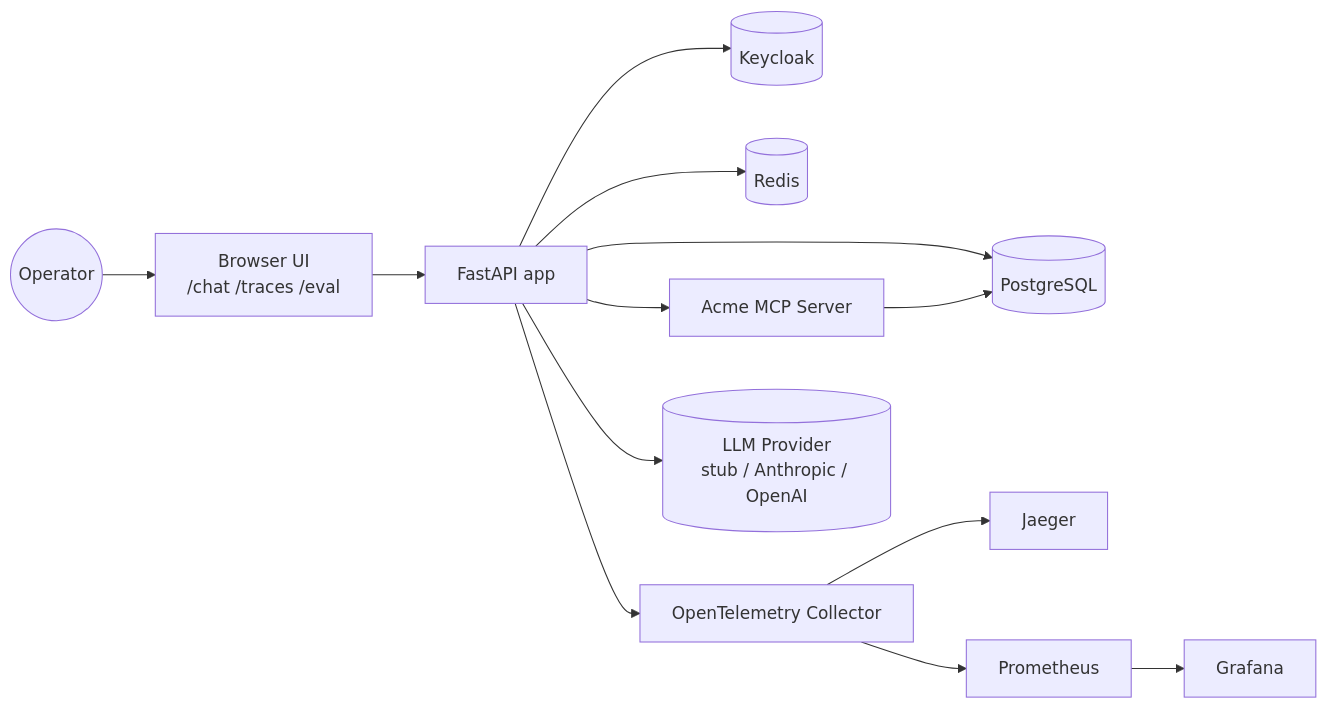
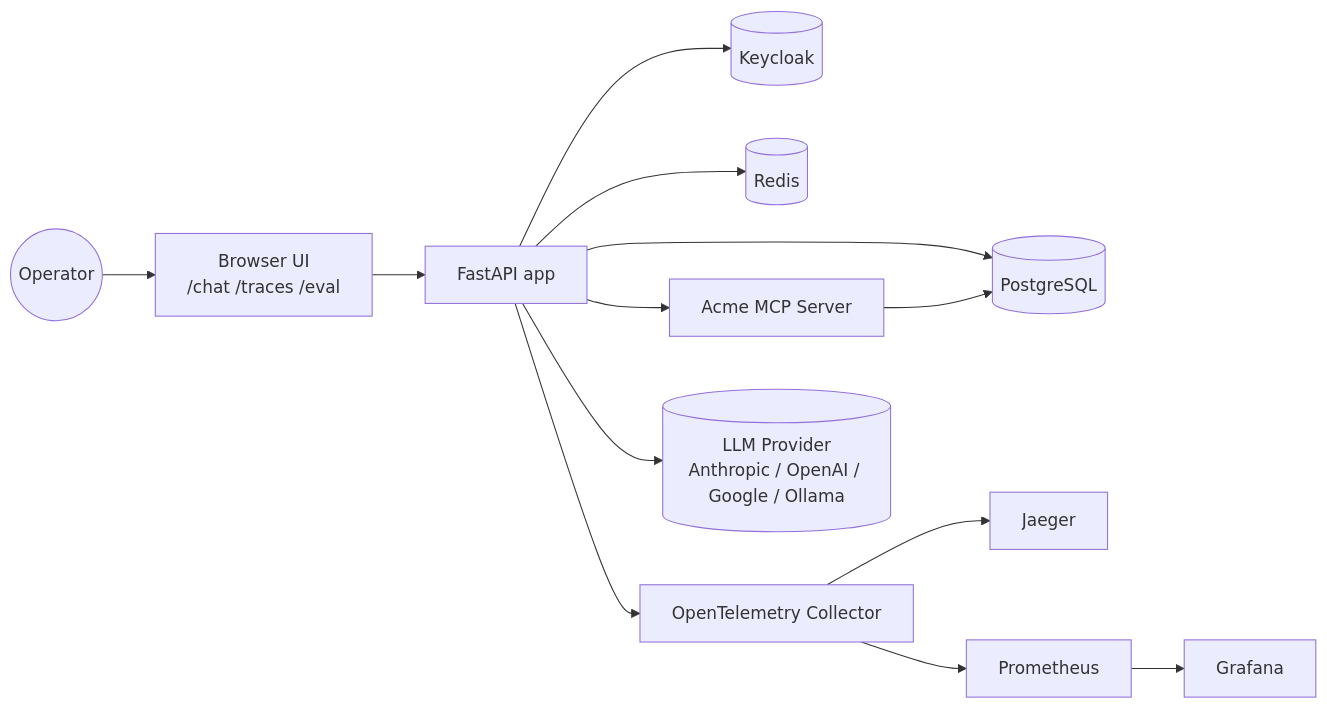
The first of 6 diagrams in ARCHITECTURE.md (kvcom/ACME), drawn with Mermaid before and after one commit. The commit also changed other lines of this file and 16 other files, not shown here.

````diff
--- a/ARCHITECTURE.md
+++ b/ARCHITECTURE.md
@@ -5,15 +5,15 @@
 ```mermaid
 flowchart LR
     User((Operator)) --> UI[Browser UI<br/>/chat /traces /eval]
     UI --> App[FastAPI app]
     App --> KC[(Keycloak)]
     App --> Postgres[(PostgreSQL)]
     App --> Redis[(Redis)]
     App --> MCP[Acme MCP Server]
     MCP --> Postgres
     App --> OTel[OpenTelemetry Collector]
     OTel --> Jaeger[Jaeger]
     OTel --> Prom[Prometheus]
     Prom --> Grafana[Grafana]
-    App --> LLM[(LLM Provider<br/>stub / Anthropic / OpenAI)]
+    App --> LLM[(LLM Provider<br/>Anthropic / OpenAI / Google / Ollama)]
 ```
````
